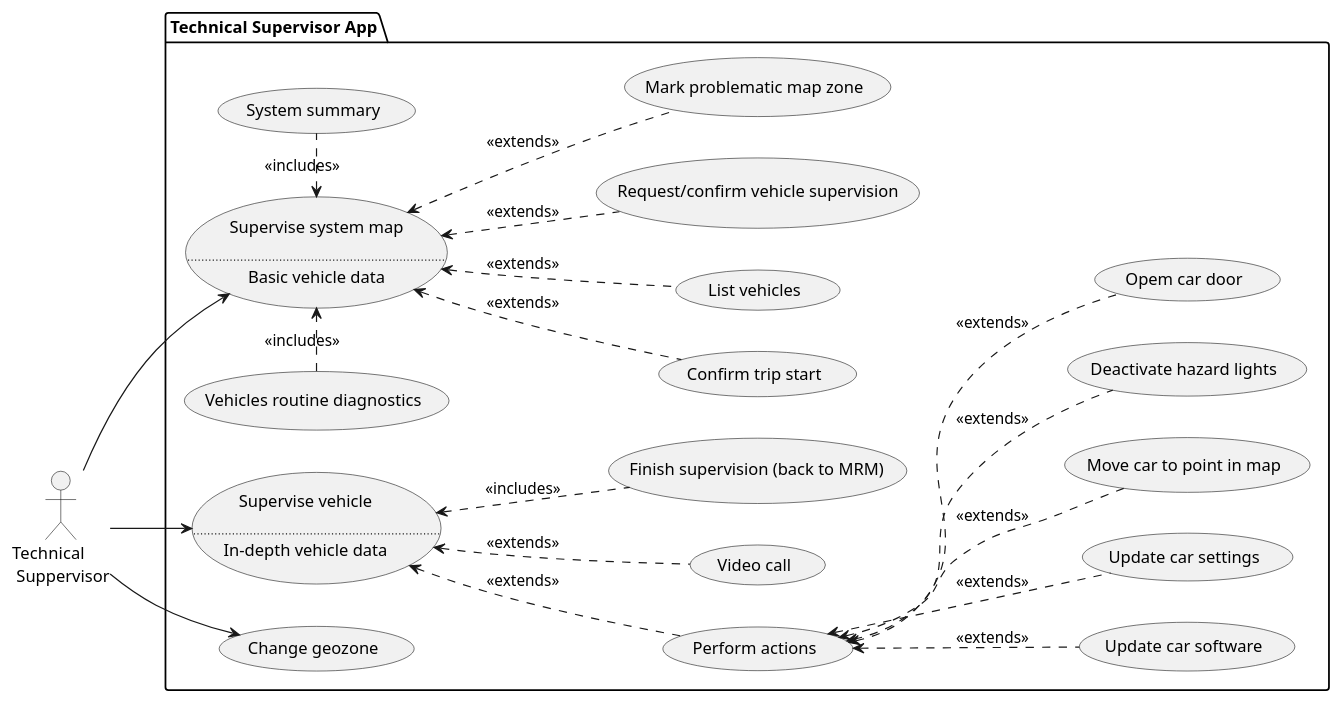
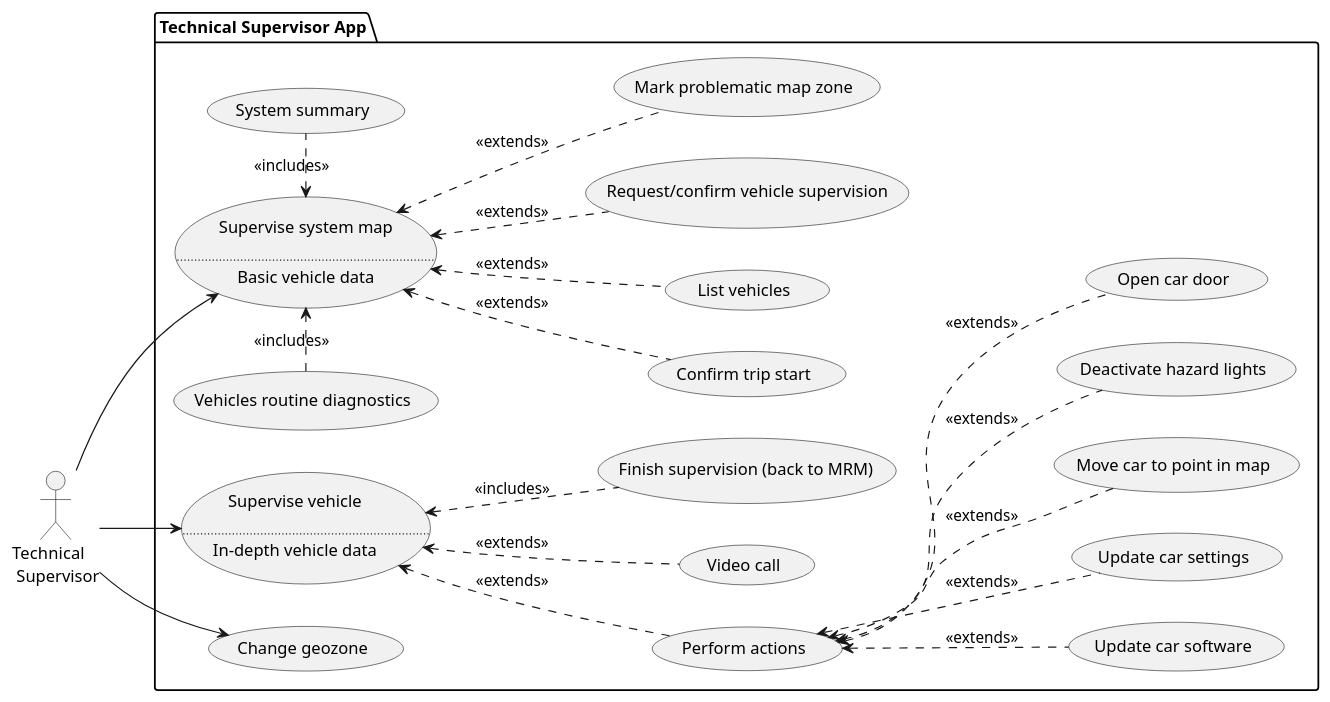
The diagram in technical_supervisor/use_cases.pu (bruno-motorai/uml), drawn with PlantUML before and after one commit. The commit also changed 1 other file, not shown here.

Commit message:
Fix typos and split ends on ERS flow

```diff
--- a/technical_supervisor/use_cases.pu
+++ b/technical_supervisor/use_cases.pu
@@ -1,66 +1,66 @@
 @startuml ts_use_cases
 left to right direction
 
-actor :Technical \n Suppervisor: as TS1
+actor :Technical \n Supervisor: as TS1
 
 package "Technical Supervisor App" {
     usecase UC1 as "Supervise system map
         
         ....
         Basic vehicle data
     "
     usecase UC2 as "Supervise vehicle
         
         ....
         In-depth vehicle data
     "
     usecase UC3 as "Change geozone"
 
     ' Supervise system
     usecase "Confirm trip start" as UC100
     usecase "System summary" as UC101
     usecase "List vehicles" as UC102
     usecase "Request/confirm vehicle supervision" as UC103
     usecase "Vehicles routine diagnostics" as UC104
     usecase "Mark problematic map zone" as  UC105
 
     ' Supervise vehicle
     usecase "Perform actions" as UC201
     usecase "Video call" as UC202
     usecase "Finish supervision (back to MRM)" as UC203
 
 
     ' Vehicle actions
     usecase "Update car software" as UC301
     usecase "Update car settings" as UC302
     usecase "Move car to point in map" as UC303
     usecase "Deactivate hazard lights" as UC304
-    usecase "Opem car door" as UC305
+    usecase "Open car door" as UC305
 }
 
 ' User connections
 TS1 --> UC2
 TS1 --> UC1
 TS1 --> UC3
 
 ' Supervise system
 UC100 -u-> UC1 #line.dashed : <<extends>>
 UC101 -l-> UC1 #line.dashed : <<includes>>
 UC102 -u-> UC1 #line.dashed : <<extends>>
 UC103 -u-> UC1 #line.dashed : <<extends>>
 UC104 -r-> UC1 #line.dashed : <<includes>>
 UC105 -u-> UC1 #line.dashed : <<extends>>
 
 ' Supervise vehicle
 UC201 -u-> UC2 #line.dashed : <<extends>>
 UC202 -u-> UC2 #line.dashed : <<extends>>
 UC203 -u-> UC2 #line.dashed : <<includes>>
 ' Actions
 UC301 -u-> UC201 #line.dashed : <<extends>>
 UC302 -u-> UC201 #line.dashed : <<extends>>
 UC303 -u-> UC201 #line.dashed : <<extends>>
 UC304 -u-> UC201 #line.dashed : <<extends>>
 UC305 -u-> UC201 #line.dashed : <<extends>>
 
 
 @enduml
```
